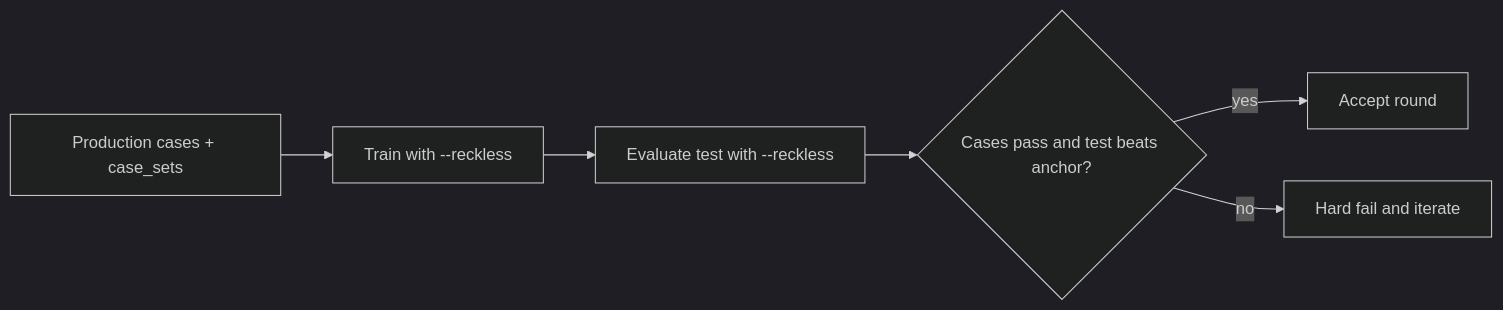
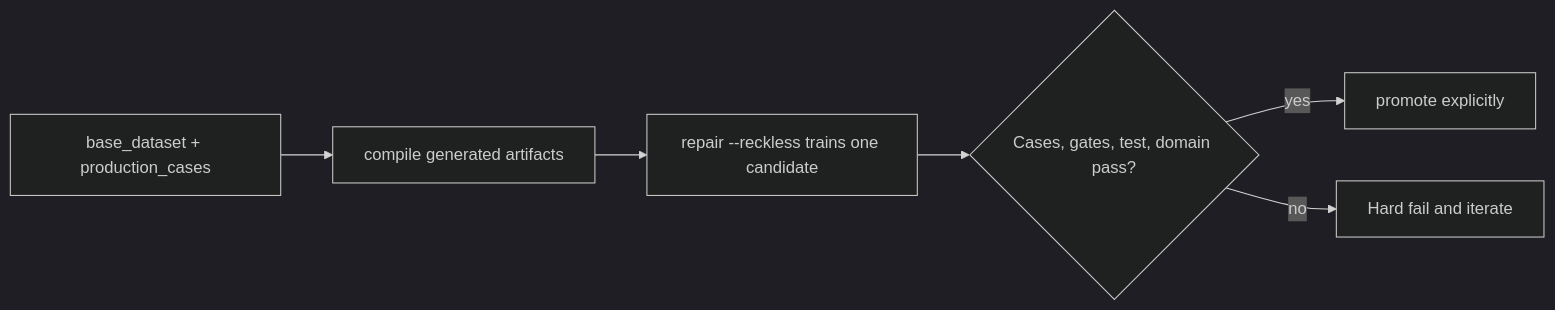
One commit to ansvver/heuriboost changed the second of 2 diagrams in README.md. Above: the diagram before and after it, drawn with Mermaid (dark theme). The commit also changed other lines of this file and 19 other files, not shown here.

Commit message:
add production case repair flow

````diff
--- a/README.md
+++ b/README.md
@@ -150,8 +180,8 @@
 ```mermaid
 flowchart LR
-    A["Production cases + case_sets"] --> B["Train with --reckless"]
-    B --> C["Evaluate test with --reckless"]
-    C --> D{"Cases pass and test beats anchor?"}
-    D -- yes --> E["Accept round"]
+    A["base_dataset + production_cases"] --> B["compile generated artifacts"]
+    B --> C["repair --reckless trains one candidate"]
+    C --> D{"Cases, gates, test, domain pass?"}
+    D -- yes --> E["promote explicitly"]
     D -- no --> F["Hard fail and iterate"]
 ```
````
